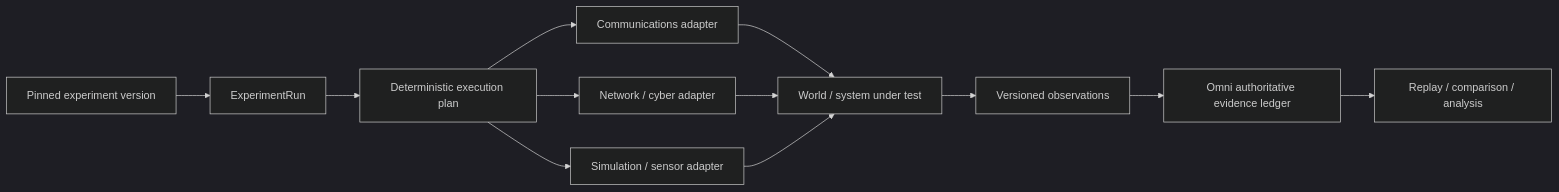
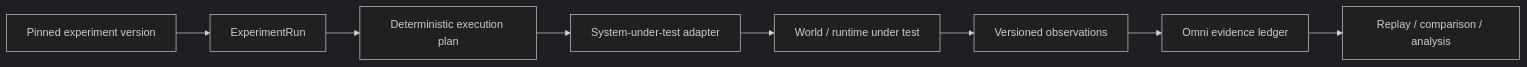
The second of 2 diagrams in README.md (mcc0nnell/ace-omni-cf), drawn with Mermaid (dark theme) before and after one commit. The commit also changed other lines of this file, not shown here.

Commit message:
Refresh ACE Omni README

````diff
--- a/README.md
+++ b/README.md
@@ -83,22 +232,14 @@
 ```mermaid
 flowchart LR
     experiment["Pinned experiment version"]
     run["ExperimentRun"]
     plan["Deterministic execution plan"]
-    comms["Communications adapter"]
-    network["Network / cyber adapter"]
-    simulator["Simulation / sensor adapter"]
-    world["World / system under test"]
+    adapter["System-under-test adapter"]
+    world["World / runtime under test"]
     observations["Versioned observations"]
-    ledger["Omni authoritative evidence ledger"]
+    ledger["Omni evidence ledger"]
     analysis["Replay / comparison / analysis"]
 
-    experiment --> run --> plan
-    plan --> comms
-    plan --> network
-    plan --> simulator
-    comms --> world
-    network --> world
-    simulator --> world
+    experiment --> run --> plan --> adapter --> world
     world --> observations --> ledger --> analysis
 ```
````
